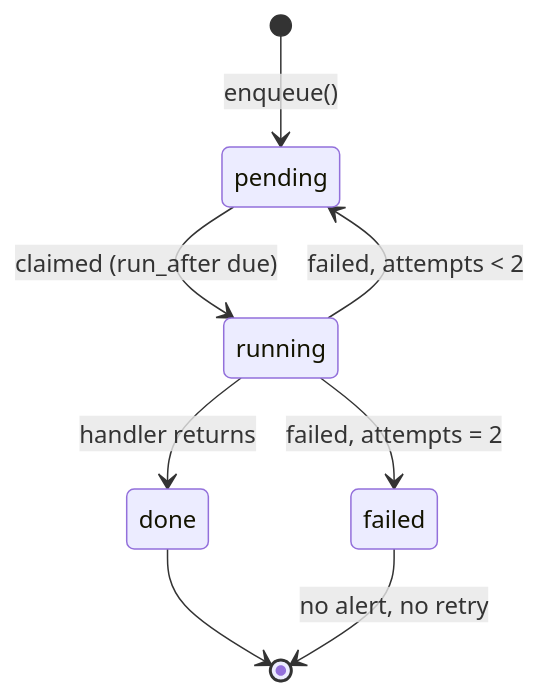
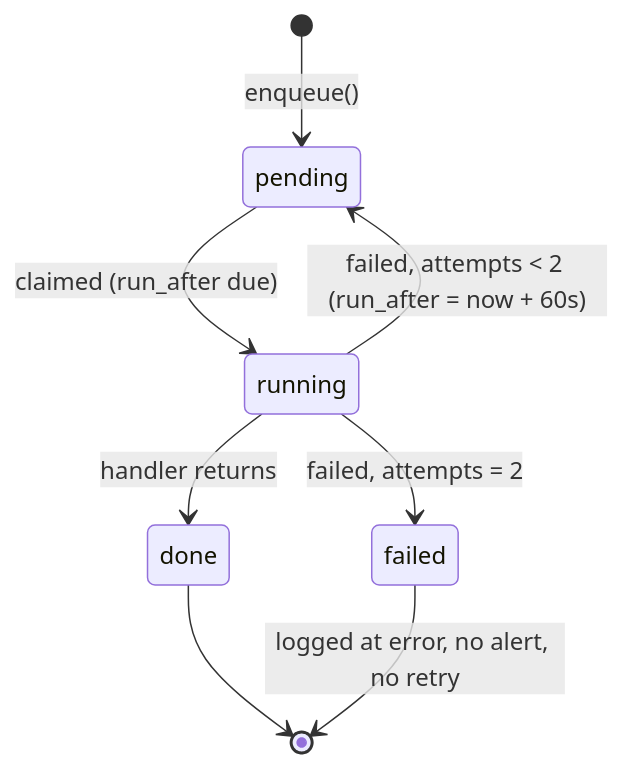
The diagram in docs/volume-2-application-engineering/04-backend-engineering.md (muslim216/IGCSE-OS-product-repositiry-), drawn with Mermaid before and after one commit. The commit also changed other lines of this file and 24 other files, not shown here.

````diff
--- a/docs/volume-2-application-engineering/04-backend-engineering.md
+++ b/docs/volume-2-application-engineering/04-backend-engineering.md
@@ -176,10 +191,10 @@
 ```mermaid
 stateDiagram-v2
   [*] --> pending: enqueue()
   pending --> running: claimed (run_after due)
   running --> done: handler returns
-  running --> pending: failed, attempts < 2
+  running --> pending: failed, attempts < 2 (run_after = now + 60s)
   running --> failed: failed, attempts = 2
   done --> [*]
-  failed --> [*]: no alert, no retry
+  failed --> [*]: logged at error, no alert, no retry
 ```
````
